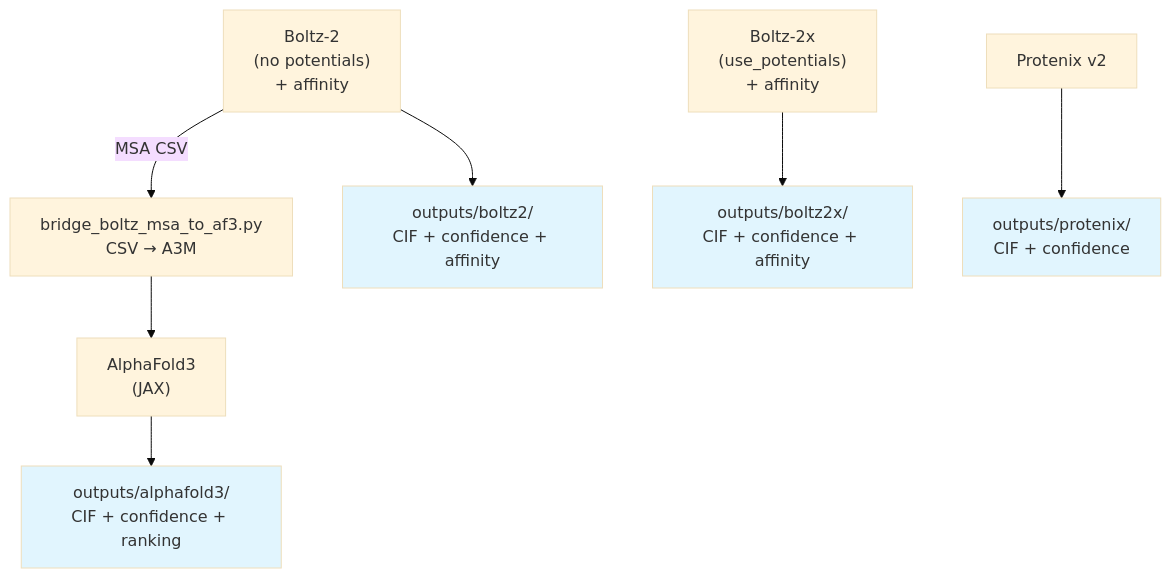
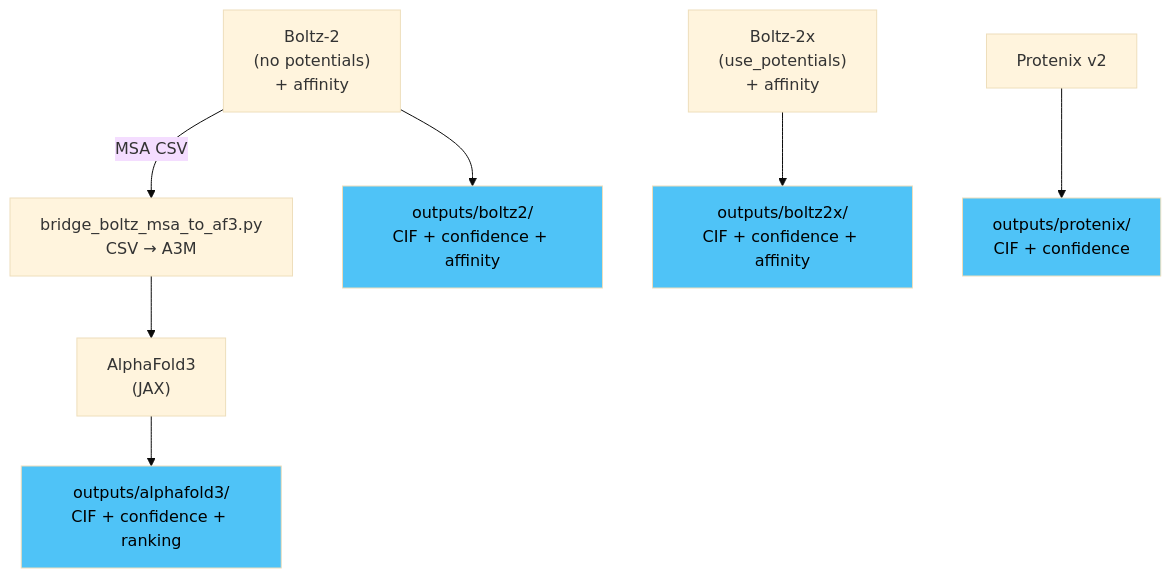
Before and after one commit to eightmm/mosaic-pl: the fifth of 17 diagrams in docs/pipeline.md, drawn with Mermaid (base theme). The commit also changed other lines of this file, not shown here.

````diff
--- a/docs/pipeline.md
+++ b/docs/pipeline.md
@@ -132,18 +132,18 @@
 ```mermaid
 flowchart TB
     B2["Boltz-2\n(no potentials)\n+ affinity"]
     B2X["Boltz-2x\n(use_potentials)\n+ affinity"]
     PX["Protenix v2"]
     B2 -->|MSA CSV| BRIDGE["bridge_boltz_msa_to_af3.py\nCSV → A3M"]
     BRIDGE --> AF3["AlphaFold3\n(JAX)"]
 
     B2 --> O1["outputs/boltz2/\nCIF + confidence + affinity"]
     B2X --> O2["outputs/boltz2x/\nCIF + confidence + affinity"]
     PX --> O3["outputs/protenix/\nCIF + confidence"]
     AF3 --> O4["outputs/alphafold3/\nCIF + confidence + ranking"]
 
-    style O1 fill:#e1f5fe
-    style O2 fill:#e1f5fe
-    style O3 fill:#e1f5fe
-    style O4 fill:#e1f5fe
+    style O1 fill:#4fc3f7,color:#000
+    style O2 fill:#4fc3f7,color:#000
+    style O3 fill:#4fc3f7,color:#000
+    style O4 fill:#4fc3f7,color:#000
 ```
````
